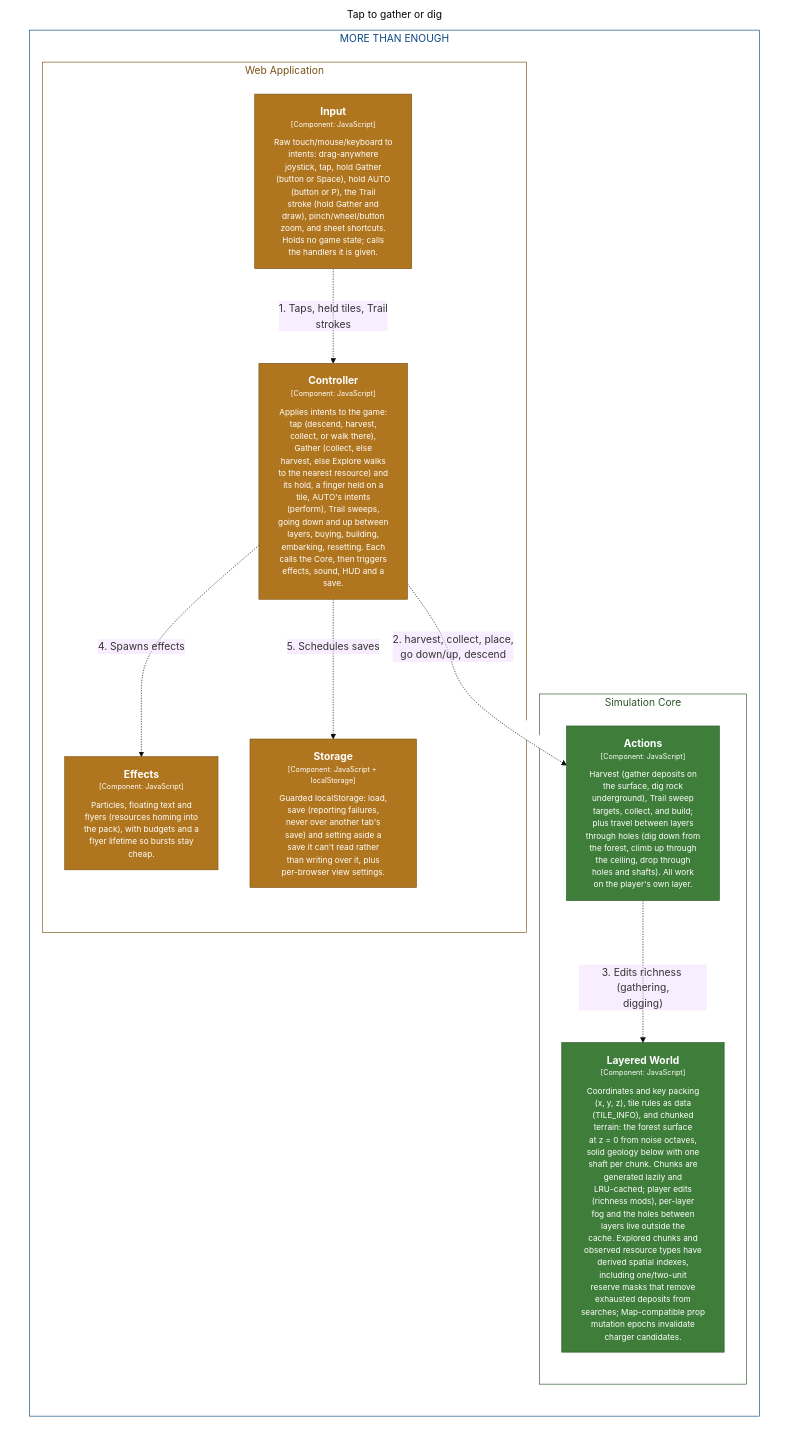
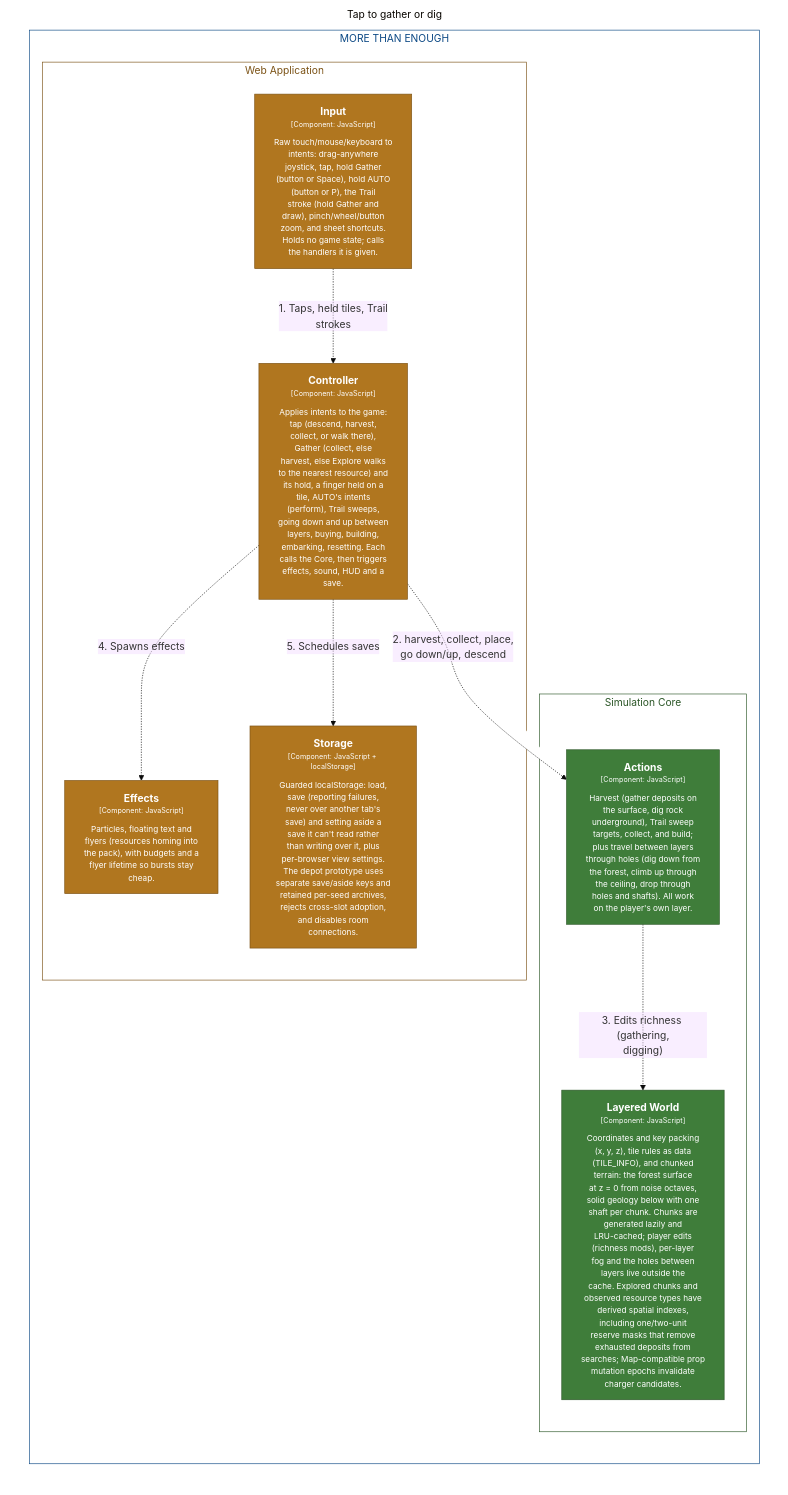
Before and after one commit to bitkojine/more-than-enough: the diagram in structurizr/diagrams/CollectFlow.mmd, drawn with Mermaid (base theme). The commit also changed 45 other files, not shown here.

Commit message:
Prototype physical collection depots with indexed local hauling

```diff
--- a/structurizr/diagrams/CollectFlow.mmd
+++ b/structurizr/diagrams/CollectFlow.mmd
@@ -1,41 +1,41 @@
 %% Generated from structurizr/workspace.dsl — do not edit; run: node structurizr/scripts/structurizr.mjs mermaid
 graph LR
   linkStyle default fill:#ffffff
 
   subgraph diagram ["Tap to gather or dig"]
     style diagram fill:#ffffff,stroke:#ffffff
 
     subgraph 3 ["MORE THAN ENOUGH"]
       style 3 fill:#ffffff,stroke:#0b4884,color:#0b4884
 
       subgraph 23 ["Simulation Core"]
         style 23 fill:#ffffff,stroke:#2c5728,color:#2c5728
 
         24["<div style='font-weight: bold'>Layered World</div><div style='font-size: 70%; margin-top: 0px'>[Component: JavaScript]</div><div style='font-size: 80%; margin-top:10px'>Coordinates and key packing<br />(x, y, z), tile rules as data<br />(TILE_INFO), and chunked<br />terrain: the forest surface<br />at z = 0 from noise octaves,<br />solid geology below with one<br />shaft per chunk. Chunks are<br />generated lazily and<br />LRU-cached; player edits<br />(richness mods), per-layer<br />fog and the holes between<br />layers live outside the<br />cache. Explored chunks and<br />observed resource types have<br />derived spatial indexes,<br />including one/two-unit<br />reserve masks that remove<br />exhausted deposits from<br />searches; Map-compatible prop<br />mutation epochs invalidate<br />charger candidates.</div>"]
         style 24 fill:#3f7d3a,stroke:#2c5728,color:#ffffff
         27["<div style='font-weight: bold'>Actions</div><div style='font-size: 70%; margin-top: 0px'>[Component: JavaScript]</div><div style='font-size: 80%; margin-top:10px'>Harvest (gather deposits on<br />the surface, dig rock<br />underground), Trail sweep<br />targets, collect, and build;<br />plus travel between layers<br />through holes (dig down from<br />the forest, climb up through<br />the ceiling, drop through<br />holes and shafts). All work<br />on the player's own layer.</div>"]
         style 27 fill:#3f7d3a,stroke:#2c5728,color:#ffffff
       end
 
       subgraph 4 ["Web Application"]
         style 4 fill:#ffffff,stroke:#7b5215,color:#7b5215
 
         13["<div style='font-weight: bold'>Effects</div><div style='font-size: 70%; margin-top: 0px'>[Component: JavaScript]</div><div style='font-size: 80%; margin-top:10px'>Particles, floating text and<br />flyers (resources homing into<br />the pack), with budgets and a<br />flyer lifetime so bursts stay<br />cheap.</div>"]
         style 13 fill:#b0761f,stroke:#7b5215,color:#ffffff
-        18["<div style='font-weight: bold'>Storage</div><div style='font-size: 70%; margin-top: 0px'>[Component: JavaScript + localStorage]</div><div style='font-size: 80%; margin-top:10px'>Guarded localStorage: load,<br />save (reporting failures,<br />never over another tab's<br />save) and setting aside a<br />save it can't read rather<br />than writing over it, plus<br />per-browser view settings.</div>"]
+        18["<div style='font-weight: bold'>Storage</div><div style='font-size: 70%; margin-top: 0px'>[Component: JavaScript + localStorage]</div><div style='font-size: 80%; margin-top:10px'>Guarded localStorage: load,<br />save (reporting failures,<br />never over another tab's<br />save) and setting aside a<br />save it can't read rather<br />than writing over it, plus<br />per-browser view settings.<br />The depot prototype uses<br />separate save/aside keys and<br />retained per-seed archives,<br />rejects cross-slot adoption,<br />and disables room<br />connections.</div>"]
         style 18 fill:#b0761f,stroke:#7b5215,color:#ffffff
         8["<div style='font-weight: bold'>Input</div><div style='font-size: 70%; margin-top: 0px'>[Component: JavaScript]</div><div style='font-size: 80%; margin-top:10px'>Raw touch/mouse/keyboard to<br />intents: drag-anywhere<br />joystick, tap, hold Gather<br />(button or Space), hold AUTO<br />(button or P), the Trail<br />stroke (hold Gather and<br />draw), pinch/wheel/button<br />zoom, and sheet shortcuts.<br />Holds no game state; calls<br />the handlers it is given.</div>"]
         style 8 fill:#b0761f,stroke:#7b5215,color:#ffffff
         9["<div style='font-weight: bold'>Controller</div><div style='font-size: 70%; margin-top: 0px'>[Component: JavaScript]</div><div style='font-size: 80%; margin-top:10px'>Applies intents to the game:<br />tap (descend, harvest,<br />collect, or walk there),<br />Gather (collect, else<br />harvest, else Explore walks<br />to the nearest resource) and<br />its hold, a finger held on a<br />tile, AUTO's intents<br />(perform), Trail sweeps,<br />going down and up between<br />layers, buying, building,<br />embarking, resetting. Each<br />calls the Core, then triggers<br />effects, sound, HUD and a<br />save.</div>"]
         style 9 fill:#b0761f,stroke:#7b5215,color:#ffffff
       end
 
     end
 
     8-. "<div>1. Taps, held tiles, Trail<br />strokes</div><div style='font-size: 70%'></div>" .->9
     9-. "<div>2. harvest, collect, place,<br />go down/up, descend</div><div style='font-size: 70%'></div>" .->27
     27-. "<div>3. Edits richness (gathering,<br />digging)</div><div style='font-size: 70%'></div>" .->24
     9-. "<div>4. Spawns effects</div><div style='font-size: 70%'></div>" .->13
     9-. "<div>5. Schedules saves</div><div style='font-size: 70%'></div>" .->18
 
   end
```
